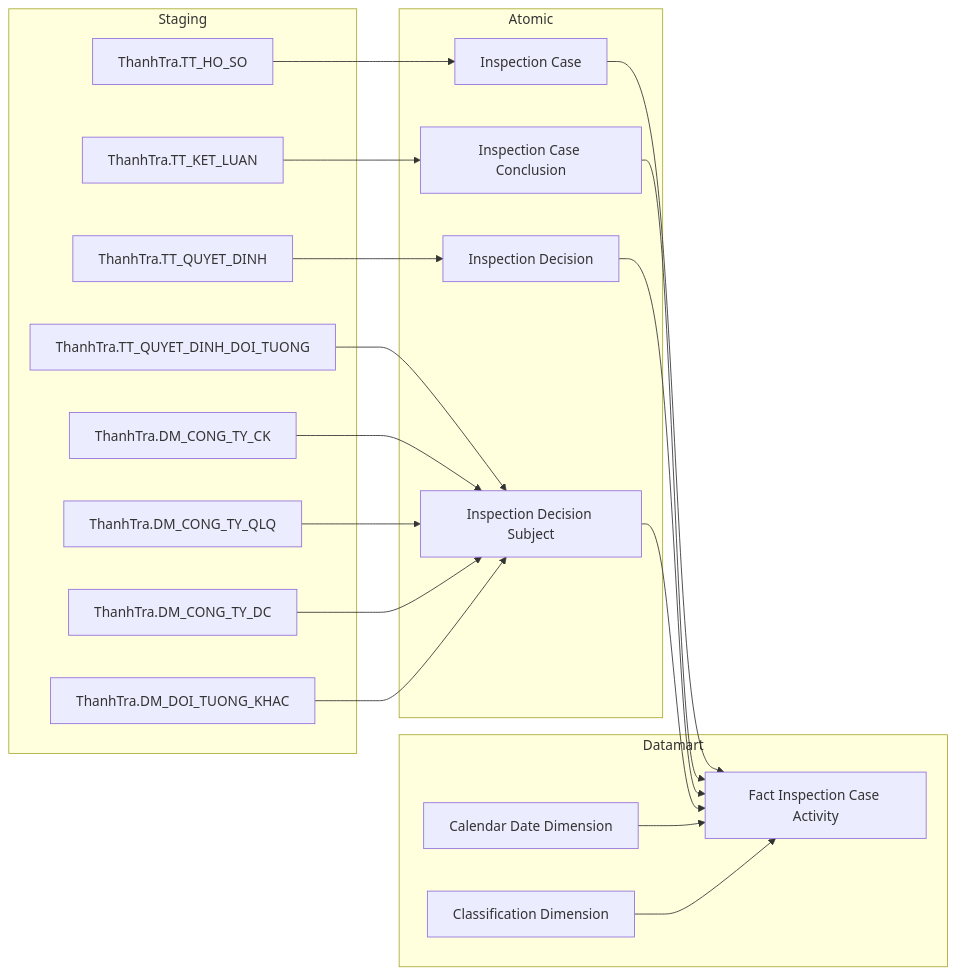
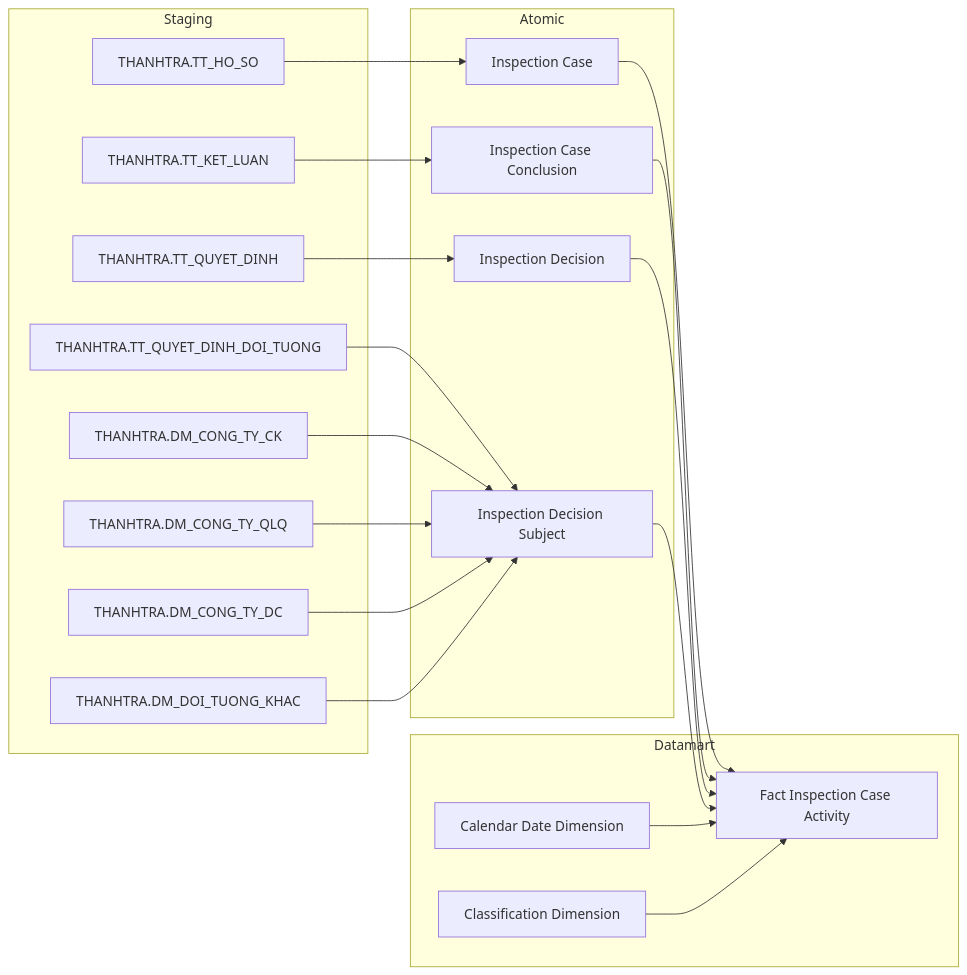
Before and after one commit to linhlvit/ubck_atomic_design: the first of 5 diagrams in docs/output/datamart/TT/DTM_TT_PTTK.md, drawn with Mermaid. The commit also changed other lines of this file and 463 other files, not shown here.

````diff
--- a/docs/output/datamart/TT/DTM_TT_PTTK.md
+++ b/docs/output/datamart/TT/DTM_TT_PTTK.md
@@ -17,38 +17,38 @@
 ```mermaid
 flowchart LR
   subgraph Staging
-    ThanhTra_TT_HO_SO["ThanhTra.TT_HO_SO"]
-    ThanhTra_TT_KET_LUAN["ThanhTra.TT_KET_LUAN"]
-    ThanhTra_TT_QUYET_DINH["ThanhTra.TT_QUYET_DINH"]
-    ThanhTra_TT_QUYET_DINH_DOI_TUONG["ThanhTra.TT_QUYET_DINH_DOI_TUONG"]
-    ThanhTra_DM_CONG_TY_CK["ThanhTra.DM_CONG_TY_CK"]
-    ThanhTra_DM_CONG_TY_QLQ["ThanhTra.DM_CONG_TY_QLQ"]
-    ThanhTra_DM_CONG_TY_DC["ThanhTra.DM_CONG_TY_DC"]
-    ThanhTra_DM_DOI_TUONG_KHAC["ThanhTra.DM_DOI_TUONG_KHAC"]
+    THANHTRA_TT_HO_SO["THANHTRA.TT_HO_SO"]
+    THANHTRA_TT_KET_LUAN["THANHTRA.TT_KET_LUAN"]
+    THANHTRA_TT_QUYET_DINH["THANHTRA.TT_QUYET_DINH"]
+    THANHTRA_TT_QUYET_DINH_DOI_TUONG["THANHTRA.TT_QUYET_DINH_DOI_TUONG"]
+    THANHTRA_DM_CONG_TY_CK["THANHTRA.DM_CONG_TY_CK"]
+    THANHTRA_DM_CONG_TY_QLQ["THANHTRA.DM_CONG_TY_QLQ"]
+    THANHTRA_DM_CONG_TY_DC["THANHTRA.DM_CONG_TY_DC"]
+    THANHTRA_DM_DOI_TUONG_KHAC["THANHTRA.DM_DOI_TUONG_KHAC"]
   end
   subgraph Atomic
     inspection_case["Inspection Case"]
     inspection_case_conclusion["Inspection Case Conclusion"]
     inspection_decision["Inspection Decision"]
     inspection_dcsn_sbj["Inspection Decision Subject"]
   end
   subgraph Datamart
     fct_inspection_case_avy["Fact Inspection Case Activity"]
     cdr_dt_dim["Calendar Date Dimension"]
     cl_dim["Classification Dimension"]
   end
-  ThanhTra_TT_HO_SO --> inspection_case
-  ThanhTra_TT_KET_LUAN --> inspection_case_conclusion
-  ThanhTra_TT_QUYET_DINH --> inspection_decision
-  ThanhTra_TT_QUYET_DINH_DOI_TUONG --> inspection_dcsn_sbj
-  ThanhTra_DM_CONG_TY_CK --> inspection_dcsn_sbj
-  ThanhTra_DM_CONG_TY_QLQ --> inspection_dcsn_sbj
-  ThanhTra_DM_CONG_TY_DC --> inspection_dcsn_sbj
-  ThanhTra_DM_DOI_TUONG_KHAC --> inspection_dcsn_sbj
+  THANHTRA_TT_HO_SO --> inspection_case
+  THANHTRA_TT_KET_LUAN --> inspection_case_conclusion
+  THANHTRA_TT_QUYET_DINH --> inspection_decision
+  THANHTRA_TT_QUYET_DINH_DOI_TUONG --> inspection_dcsn_sbj
+  THANHTRA_DM_CONG_TY_CK --> inspection_dcsn_sbj
+  THANHTRA_DM_CONG_TY_QLQ --> inspection_dcsn_sbj
+  THANHTRA_DM_CONG_TY_DC --> inspection_dcsn_sbj
+  THANHTRA_DM_DOI_TUONG_KHAC --> inspection_dcsn_sbj
   inspection_case --> fct_inspection_case_avy
   inspection_case_conclusion --> fct_inspection_case_avy
   inspection_decision --> fct_inspection_case_avy
   inspection_dcsn_sbj --> fct_inspection_case_avy
   cdr_dt_dim --> fct_inspection_case_avy
   cl_dim --> fct_inspection_case_avy
 ```
````
